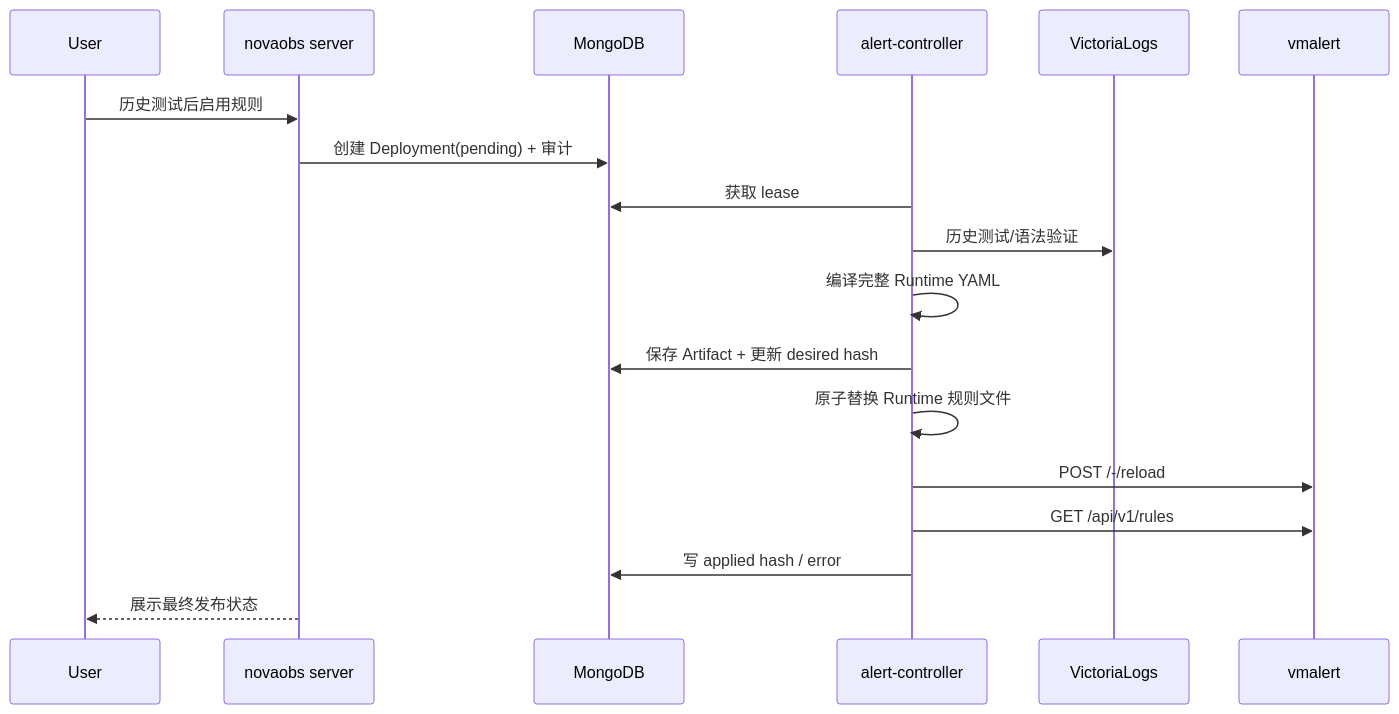
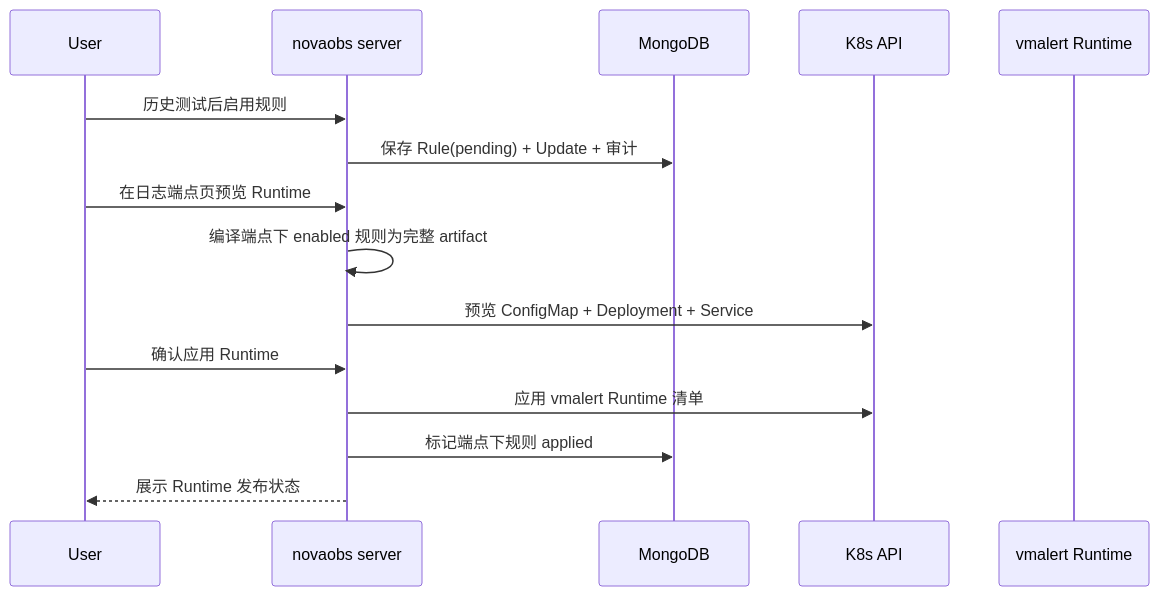
One commit to nova-obs/novaobs changed the third of 3 diagrams in docs/planning/2026-06-22-log-alerting-handoff-architecture.md. Above: the diagram before and after it, drawn with Mermaid. The commit also changed other lines of this file and 32 other files, not shown here.

````diff
--- a/docs/planning/2026-06-22-log-alerting-handoff-architecture.md
+++ b/docs/planning/2026-06-22-log-alerting-handoff-architecture.md
@@ -584,21 +586,18 @@
 ```mermaid
 sequenceDiagram
     participant U as User
     participant API as novaobs server
     participant DB as MongoDB
-    participant C as alert-controller
-    participant VL as VictoriaLogs
-    participant V as vmalert
+    participant K as K8s API
+    participant V as vmalert Runtime
 
     U->>API: 历史测试后启用规则
-    API->>DB: 创建 Deployment(pending) + 审计
-    C->>DB: 获取 lease
-    C->>VL: 历史测试/语法验证
-    C->>C: 编译完整 Runtime YAML
-    C->>DB: 保存 Artifact + 更新 desired hash
-    C->>C: 原子替换 Runtime 规则文件
-    C->>V: POST /-/reload
-    C->>V: GET /api/v1/rules
-    C->>DB: 写 applied hash / error
-    API-->>U: 展示最终发布状态
+    API->>DB: 保存 Rule(pending) + Update + 审计
+    U->>API: 在日志端点页预览 Runtime
+    API->>API: 编译端点下 enabled 规则为完整 artifact
+    API->>K: 预览 ConfigMap + Deployment + Service
+    U->>API: 确认应用 Runtime
+    API->>K: 应用 vmalert Runtime 清单
+    API->>DB: 标记端点下规则 applied
+    API-->>U: 展示 Runtime 发布状态
 ```
````
